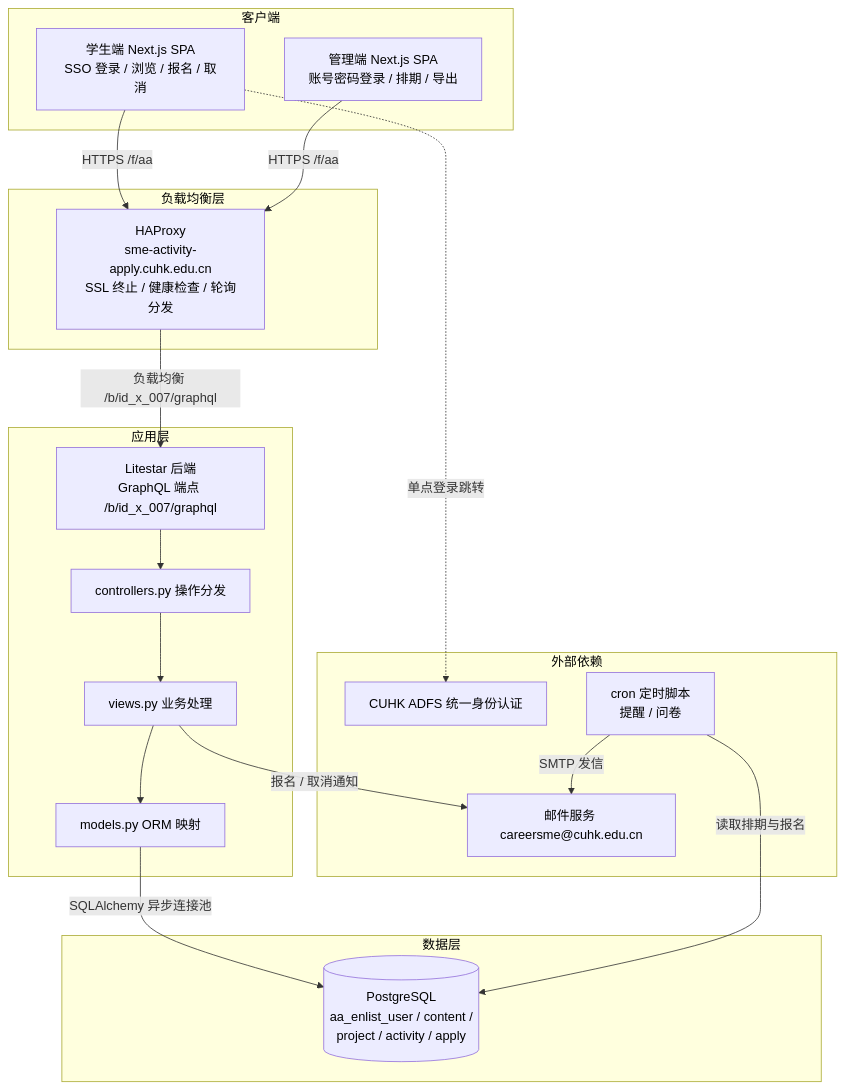
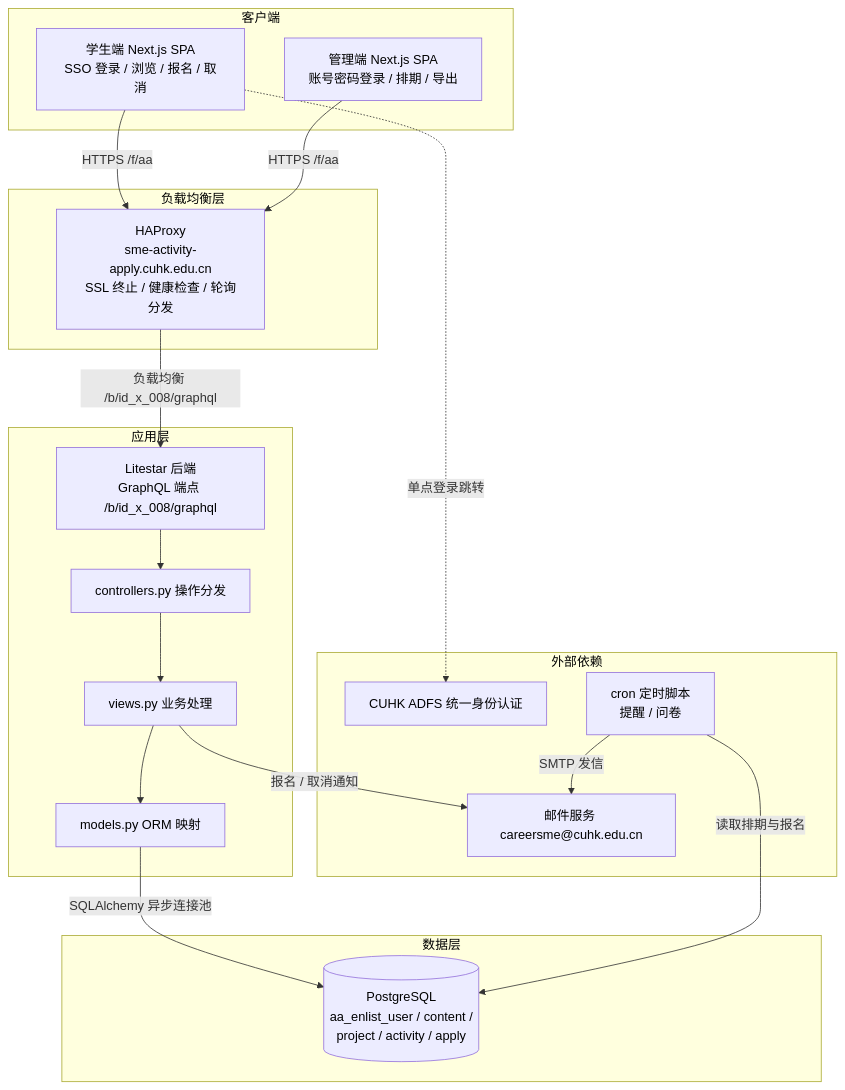
Before and after one commit to i-TorchLabs/id_x_008: the first of 2 diagrams in README.md, drawn with Mermaid. The commit also changed other lines of this file and 1 other file, not shown here.

````diff
--- a/README.md
+++ b/README.md
@@ -64,46 +64,46 @@
 ```mermaid
 graph TD
     subgraph 客户端
         STU[学生端 Next.js SPA<br/>SSO 登录 / 浏览 / 报名 / 取消]
         ADM[管理端 Next.js SPA<br/>账号密码登录 / 排期 / 导出]
     end
 
     subgraph 负载均衡层
         HAP[HAProxy<br/>sme-activity-apply.cuhk.edu.cn<br/>SSL 终止 / 健康检查 / 轮询分发]
     end
 
     subgraph 应用层
-        API[Litestar 后端<br/>GraphQL 端点 /b/id_x_007/graphql]
+        API[Litestar 后端<br/>GraphQL 端点 /b/id_x_008/graphql]
         CTRL[controllers.py 操作分发]
         VIEW[views.py 业务处理]
         MODEL[models.py ORM 映射]
     end
 
     subgraph 数据层
         PG[(PostgreSQL<br/>aa_enlist_user / content /<br/>project / activity / apply)]
     end
 
     subgraph 外部依赖
         SSO[CUHK ADFS 统一身份认证]
         SMTP[邮件服务 careersme@cuhk.edu.cn]
         CRON[cron 定时脚本<br/>提醒 / 问卷]
     end
 
     STU -->|HTTPS /f/aa| HAP
     ADM -->|HTTPS /f/aa| HAP
-    HAP -->|负载均衡 /b/id_x_007/graphql| API
+    HAP -->|负载均衡 /b/id_x_008/graphql| API
     STU -.->|单点登录跳转| SSO
     API --> CTRL --> VIEW --> MODEL
     MODEL -->|SQLAlchemy 异步连接池| PG
     CRON -->|读取排期与报名| PG
     CRON -->|SMTP 发信| SMTP
     VIEW -->|报名 / 取消通知| SMTP
 
     classDef blackText color:#000;
     class STU,ADM,HAP,API,CTRL,VIEW,MODEL,PG,SSO,SMTP,CRON blackText;
     style 客户端 color:#000
     style 负载均衡层 color:#000
     style 应用层 color:#000
     style 数据层 color:#000
     style 外部依赖 color:#000
 ```
````
